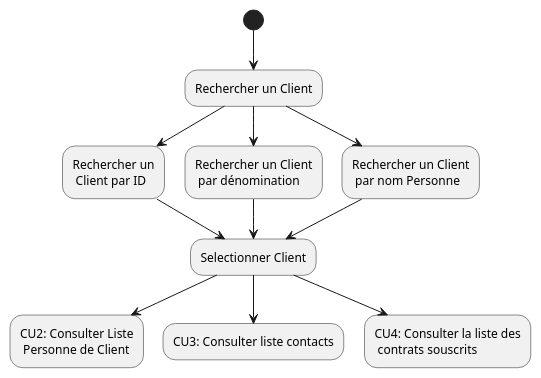
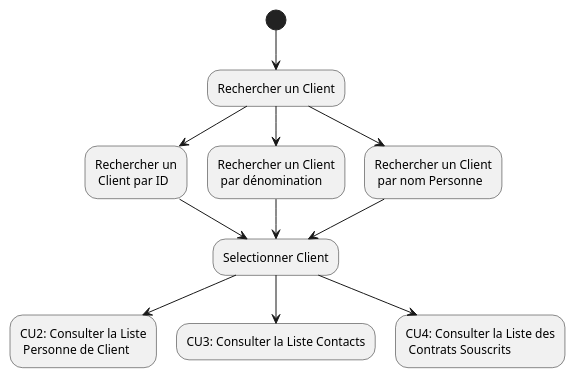
One commit to HZjiadong/PLD-MARS changed the diagram in src/documentation/CU1_DA.puml. Above: the diagram before and after it, drawn with PlantUML.

```diff
--- a/src/documentation/CU1_DA.puml
+++ b/src/documentation/CU1_DA.puml
@@ -1,16 +1,16 @@
 @startuml
 (*)  --> "Rechercher un Client"
 "Rechercher un Client" --> "Rechercher un\n Client par ID"
 "Rechercher un Client" --> "Rechercher un Client\n par dénomination"
 "Rechercher un Client" --> "Rechercher un Client\n par nom Personne"
 
 "Rechercher un\n Client par ID" --> "Selectionner Client"
 "Rechercher un Client\n par dénomination" --> "Selectionner Client"
 "Rechercher un Client\n par nom Personne" --> "Selectionner Client"
 
-"Selectionner Client" --> "CU2: Consulter Liste\n Personne de Client"
-"Selectionner Client" --> "CU3: Consulter liste contacts"
-"Selectionner Client" --> "CU4: Consulter la liste des\n contrats souscrits"
+"Selectionner Client" --> "CU2: Consulter la Liste\n Personne de Client"
+"Selectionner Client" --> "CU3: Consulter la Liste Contacts"
+"Selectionner Client" --> "CU4: Consulter la Liste des\n Contrats Souscrits"
 
 
 @enduml
```
